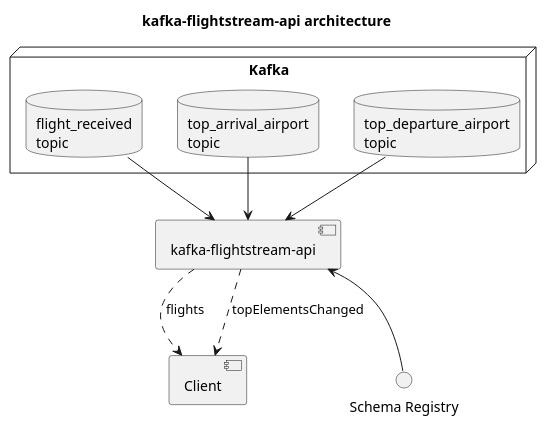
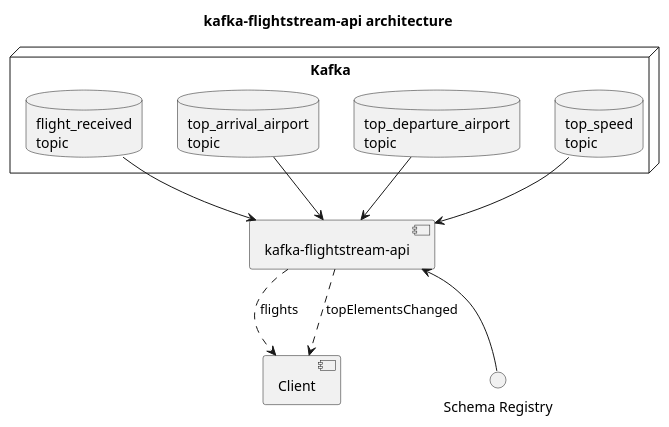
The diagram in docs/diagram.puml (bitrockteam/kafka-dvs-api), drawn with PlantUML before and after one commit. The commit also changed 12 other files, not shown here.

Commit message:
added top speed flights

```diff
--- a/docs/diagram.puml
+++ b/docs/diagram.puml
@@ -1,21 +1,23 @@
 @startuml
 title kafka-flightstream-api architecture
 
 [kafka-flightstream-api] as API
 [Client] as client
 
 interface "Schema Registry" as SchemaRegistry
 
 node Kafka {
     database "flight_received\ntopic" as FlightTopic
     database "top_arrival_airport\ntopic" as ArrivalAirportTopic
     database "top_departure_airport\ntopic" as DepartureAirportTopic
+    database "top_speed\ntopic" as SpeedTopic
 }
 
 FlightTopic --> API
 ArrivalAirportTopic --> API
 DepartureAirportTopic --> API
+SpeedTopic --> API
 API <-- SchemaRegistry
 API ..> client : flights
 API ..> client : topElementsChanged
 @enduml
```
